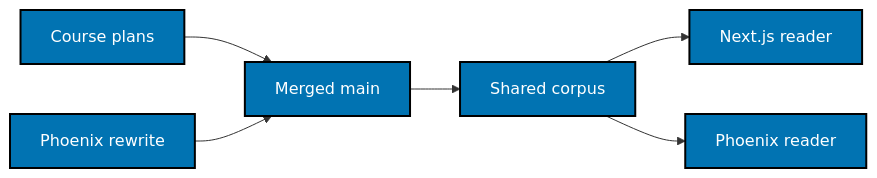
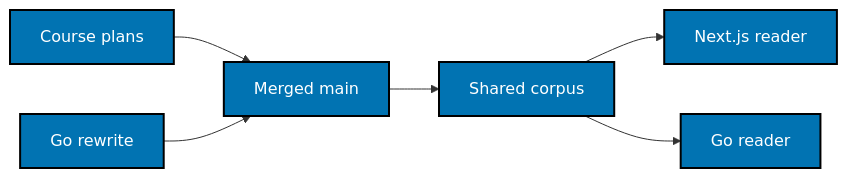
The diagram in plans/in-progress/ayokoding-app-web/tech-docs/001-baseline-and-parity.md (wahidyankf/ose-public), drawn with Mermaid before and after one commit. The commit also changed other lines of this file and 9 other files, not shown here.

````diff
--- a/plans/in-progress/ayokoding-app-web/tech-docs/001-baseline-and-parity.md
+++ b/plans/in-progress/ayokoding-app-web/tech-docs/001-baseline-and-parity.md
@@ -87,11 +87,11 @@
 ```mermaid
 flowchart LR
   accTitle: Ordered content work
-  accDescr: The Podman migration precedes Phoenix, which precedes each AyoKoding plan; the rewrite consumes current merged sources.
+  accDescr: The Podman migration precedes Go, which precedes each AyoKoding plan; the rewrite consumes current merged sources.
   C["Course plans"] --> M["Merged main"]
-  R["Phoenix rewrite"] --> M
+  R["Go rewrite"] --> M
   M --> S["Shared corpus"]
   S --> N["Next.js reader"]
-  S --> P["Phoenix reader"]
+  S --> P["Go reader"]
   classDef default fill:#0173B2,stroke:#000000,color:#FFFFFF,stroke-width:2px
 ```
````
